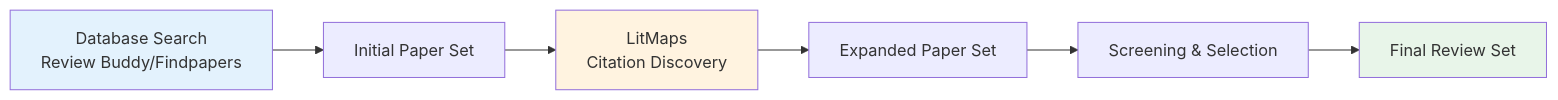
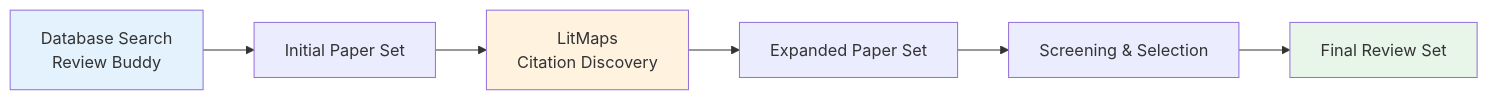
Before and after one commit to leonardozaggia/automated_systematic_literature_search: the diagram in book/additional_tools/2_LitMaps.md, drawn with Mermaid. The commit also changed other lines of this file and 5 other files, not shown here.

````diff
--- a/book/additional_tools/2_LitMaps.md
+++ b/book/additional_tools/2_LitMaps.md
@@ -201,12 +194,12 @@
 ```{mermaid}
 graph LR
-    A["Database Search<br>Review Buddy/Findpapers"] --> B[Initial Paper Set]
+    A["Database Search<br>Review Buddy"] --> B[Initial Paper Set]
     B --> C["LitMaps<br>Citation Discovery"]
     C --> D[Expanded Paper Set]
     D --> E[Screening & Selection]
     E --> F[Final Review Set]
     
     style A fill:#e3f2fd
     style C fill:#fff3e0
     style F fill:#e8f5e9
 ```
````
